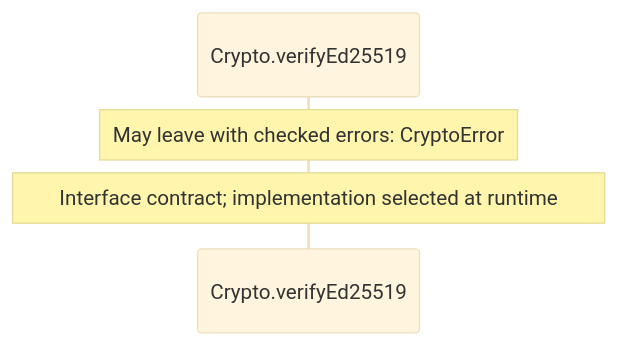
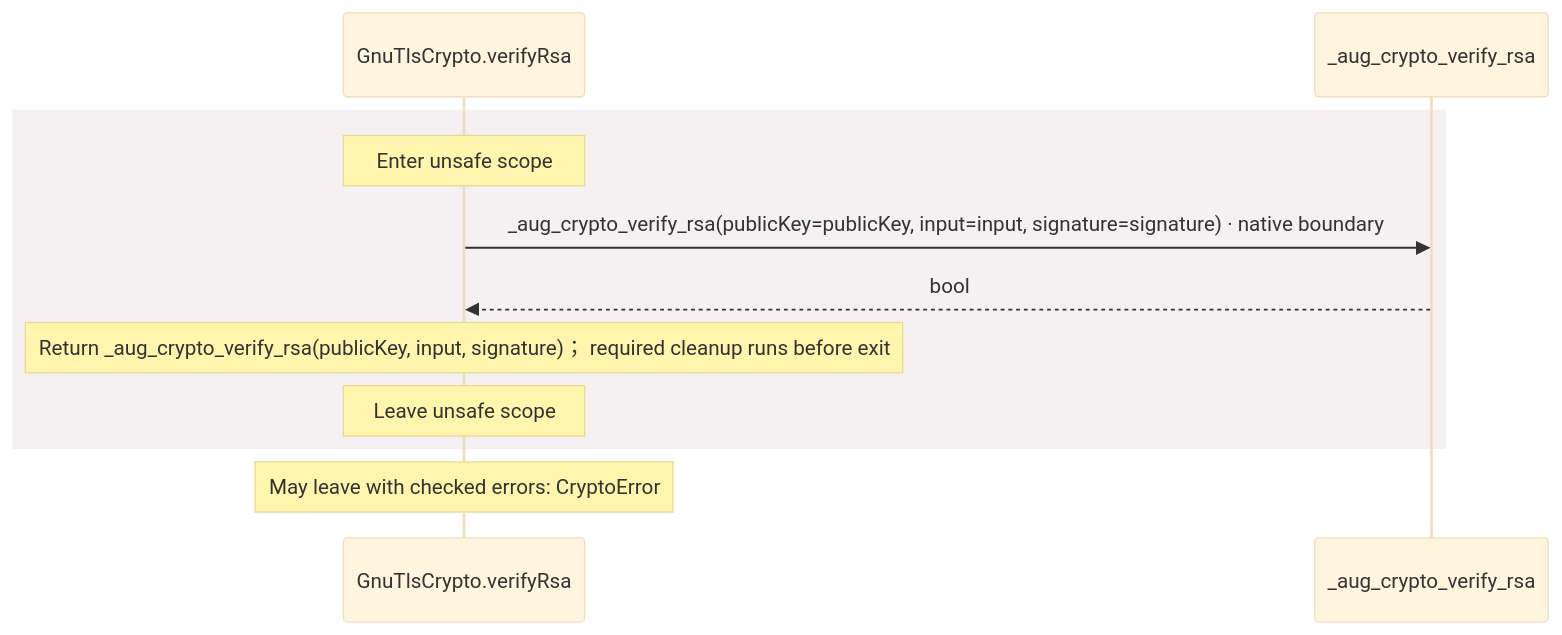
The tenth of 15 diagrams in src/stdlib/crypto/contracts.aug.diagrams.md (GreenPandaStudios/augscript), drawn with Mermaid (base theme) before and after one commit. The commit also changed other lines of this file and 524 other files, not shown here.

Commit message:
Explain checked data flow at folder and service levels

````diff
--- a/src/stdlib/crypto/contracts.aug.diagrams.md
+++ b/src/stdlib/crypto/contracts.aug.diagrams.md
@@ -196,7 +423,13 @@
 ```mermaid
 sequenceDiagram
-    participant p0 as Crypto.verifyEd25519
-
+    participant p0 as GnuTlsCrypto.verifyRsa
+    participant p1 as _aug_crypto_verify_rsa
+    rect rgb(245, 240, 241)
+    Note over p0: Enter unsafe scope
+    p0->>p1: _aug_crypto_verify_rsa(publicKey=publicKey, input=input, signature=signature) · native boundary
+    p1-->>p0: bool
+    Note over p0: Return _aug_crypto_verify_rsa(publicKey, input, signature)； required cleanup runs before exit
+    Note over p0: Leave unsafe scope
+    end
     Note over p0: May leave with checked errors: CryptoError
-    Note over p0: Interface contract#59; implementation selected at runtime
 ```
````
